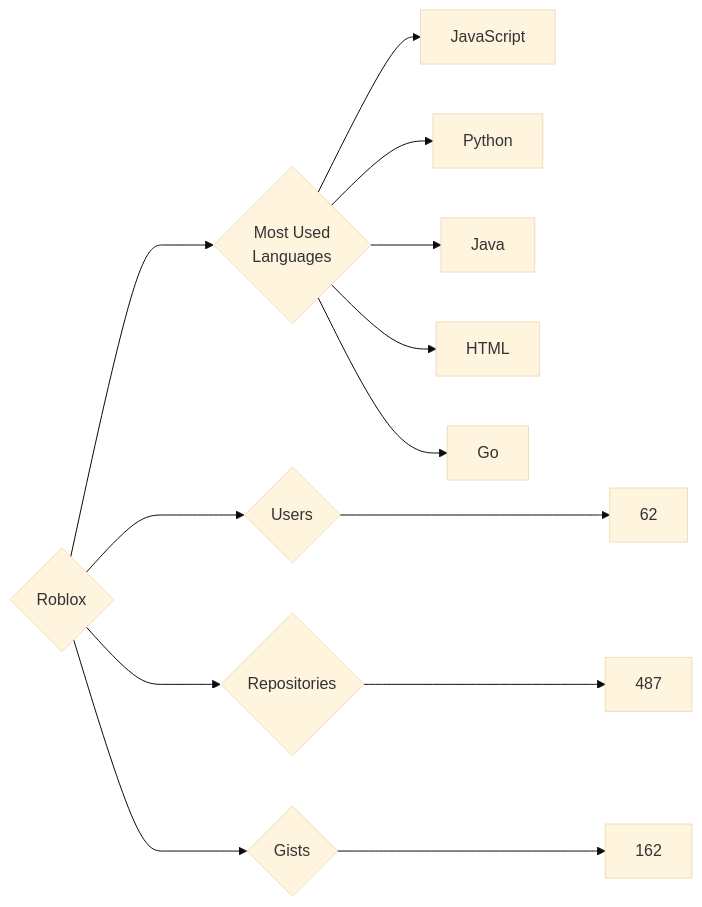
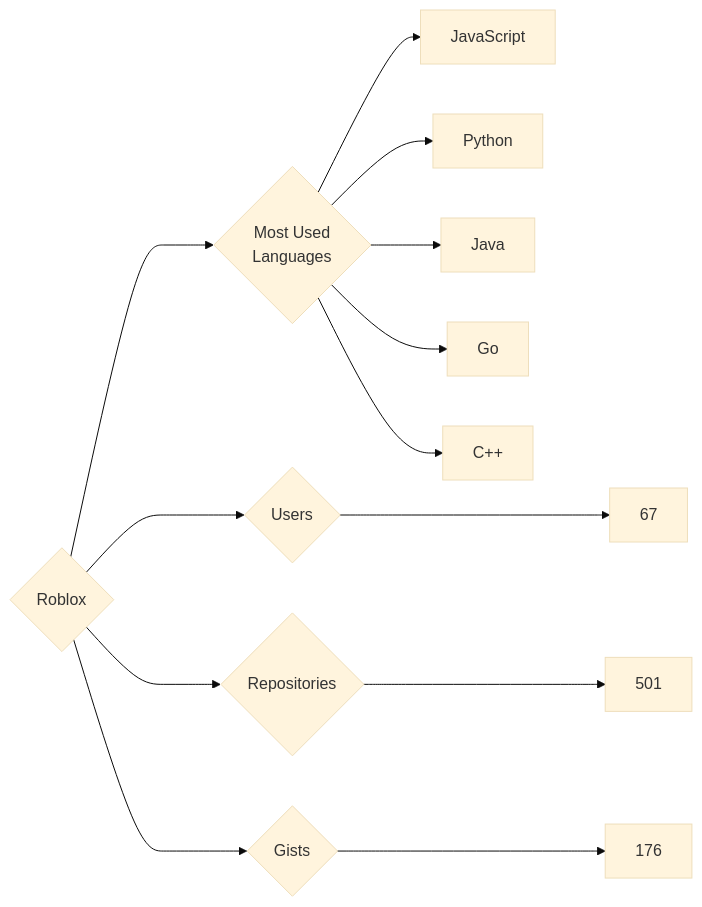
Before and after one commit to trickest/insiders: the diagram in targets/Roblox/README.md, drawn with Mermaid (base theme). The commit also changed 973 other files, not shown here.

````diff
--- a/targets/Roblox/README.md
+++ b/targets/Roblox/README.md
@@ -3,13 +3,13 @@
 ```mermaid
 graph LR
 COMPANY_NAME{Roblox}
-COMPANY_NAME ---> U{Users} ---> UN[62]
-COMPANY_NAME ---> R{Repositories} ---> RN[487]
-COMPANY_NAME ---> G{Gists} ---> GN[162]
+COMPANY_NAME ---> U{Users} ---> UN[67]
+COMPANY_NAME ---> R{Repositories} ---> RN[501]
+COMPANY_NAME ---> G{Gists} ---> GN[176]
 COMPANY_NAME ---> ML{Most Used<br>Languages}
 ML --> JavaScript[JavaScript]
 ML --> Python[Python]
 ML --> Java[Java]
-ML --> HTML[HTML]
 ML --> Go[Go]
+ML --> C++[C++]
 ```
````
